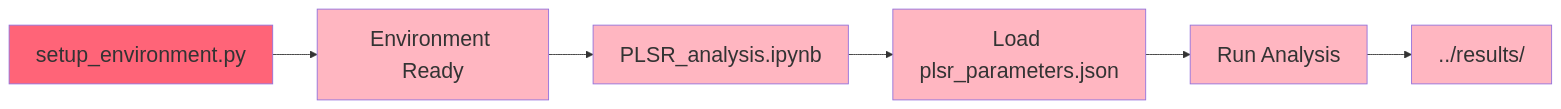
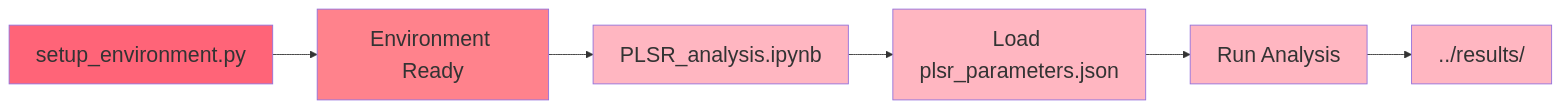
The diagram in plsr_feature_selection/code and config/README.md (Shaswat-qm-researcher/Physics-Informed-Symbolic-Regression-for-Phonon-Related-Property-Prediction-and-Materials-Discovery), drawn with Mermaid before and after one commit.

````diff
--- a/plsr_feature_selection/code and config/README.md
+++ b/plsr_feature_selection/code and config/README.md
@@ -142,14 +142,14 @@
 ```mermaid
 graph LR
     A[setup_environment.py] --> B[Environment Ready]
     B --> C[PLSR_analysis.ipynb]
     C --> D[Load plsr_parameters.json]
     D --> E[Run Analysis]
     E --> F[../results/]
 style A fill:#FF6478, font-size:24px, font-family:Arial
-style B fill:#FFB6C1, font-size:24px, font-family:Arial
+style B fill:#FF828C, font-size:24px, font-family:Arial
 style C fill:#FFB6C1, font-size:24px, font-family:Arial
 style D fill:#FFB6C1, font-size:24px, font-family:Arial
 style E fill:#FFB6C1, font-size:24px, font-family:Arial
 style F fill:#FFB6C1, font-size:24px, font-family:Arial
 ```
````
